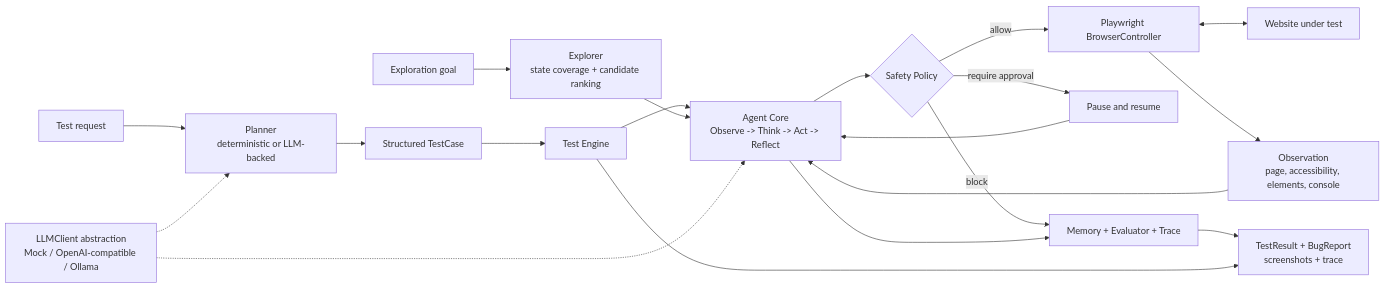
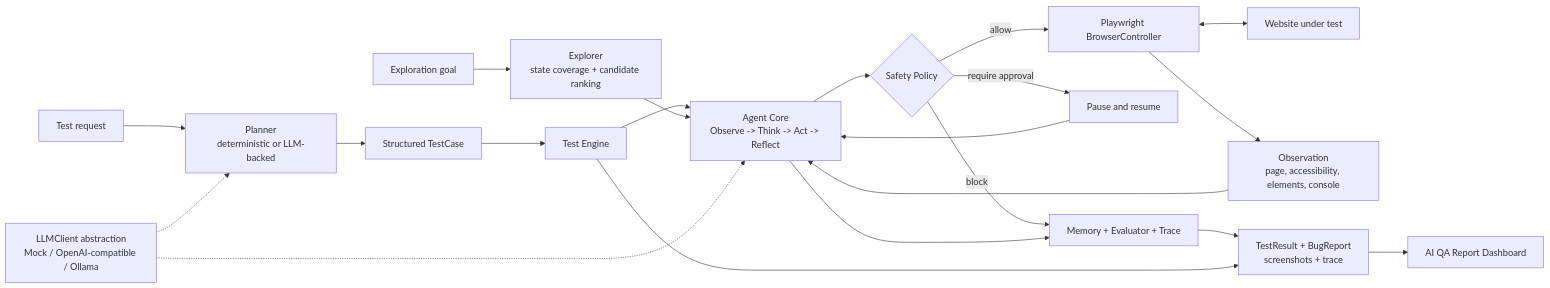
Before and after one commit to BoyuTian502/Vibe-QA: the diagram in README.md, drawn with Mermaid. The commit also changed other lines of this file and 14 other files, not shown here.

Commit message:
feat: add AI QA report dashboard

````diff
--- a/README.md
+++ b/README.md
@@ -46,22 +48,23 @@
 ```mermaid
 flowchart LR
     Goal["Test request"] --> Planner["Planner<br/>deterministic or LLM-backed"]
     Planner --> Case["Structured TestCase"]
     Case --> Engine["Test Engine"]
     ExploreGoal["Exploration goal"] --> Explorer["Explorer<br/>state coverage + candidate ranking"]
     Engine --> Agent["Agent Core<br/>Observe -> Think -> Act -> Reflect"]
     Explorer --> Agent
     LLM["LLMClient abstraction<br/>Mock / OpenAI-compatible / Ollama"] -.-> Planner
     LLM -.-> Agent
     Agent --> Safety{"Safety Policy"}
     Safety -->|allow| Browser["Playwright BrowserController"]
     Safety -->|require approval| Approval["Pause and resume"]
     Safety -->|block| Runtime
     Approval --> Agent
     Browser <--> Website["Website under test"]
     Browser --> Observation["Observation<br/>page, accessibility, elements, console"]
     Observation --> Agent
     Agent --> Runtime["Memory + Evaluator + Trace"]
     Runtime --> Evidence["TestResult + BugReport<br/>screenshots + trace"]
     Engine --> Evidence
+    Evidence --> Dashboard["AI QA Report Dashboard"]
 ```
````
